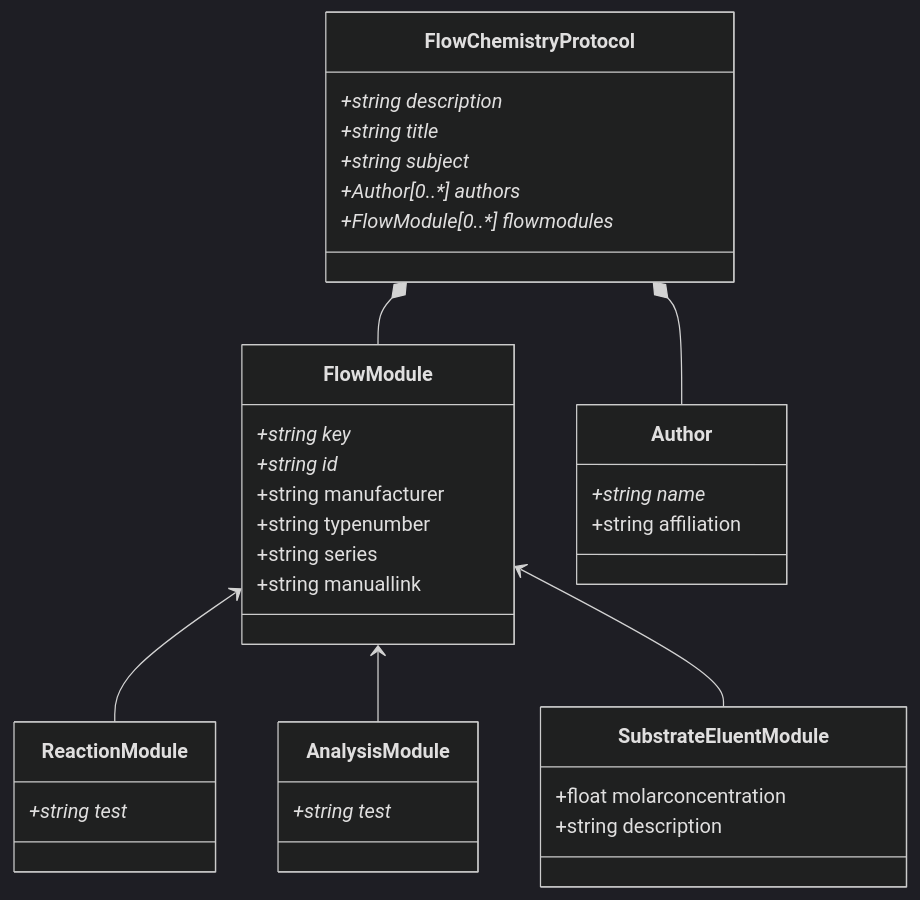
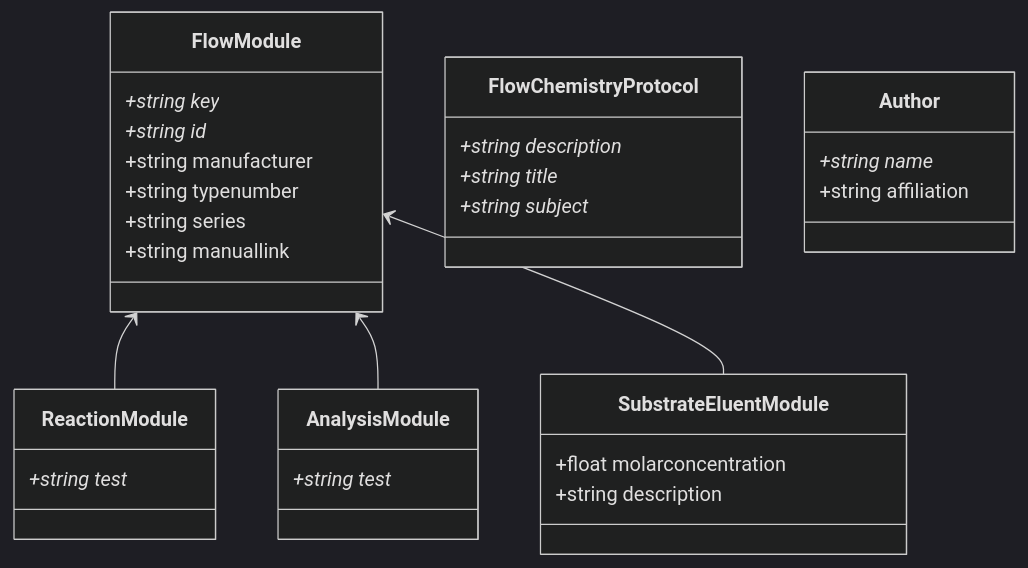
The diagram in pyDataset/schemes/Dataset.md (C-Kessler/sdrdm-flowchem-B2), drawn with Mermaid (dark theme) before and after one commit. The commit also changed 4 other files, not shown here.

````diff
--- a/pyDataset/schemes/Dataset.md
+++ b/pyDataset/schemes/Dataset.md
@@ -1,44 +1,40 @@
 ```mermaid
 classDiagram
     FlowModule <-- ReactionModule
     FlowModule <-- AnalysisModule
     FlowModule <-- SubstrateEluentModule
-    FlowChemistryProtocol *-- Author
-    FlowChemistryProtocol *-- FlowModule
     
     class FlowChemistryProtocol {
         +string description*
         +string title*
         +string subject*
-        +Author[0..*] authors*
-        +FlowModule[0..*] flowmodules*
     }
     
     class Author {
         +string name*
         +string affiliation
     }
     
     class FlowModule {
         +string key*
         +string id*
         +string manufacturer
         +string typenumber
         +string series
         +string manuallink
     }
     
     class ReactionModule {
         +string test*
     }
     
     class AnalysisModule {
         +string test*
     }
     
     class SubstrateEluentModule {
         +float molarconcentration
         +string description
     }
     
 ```
````
